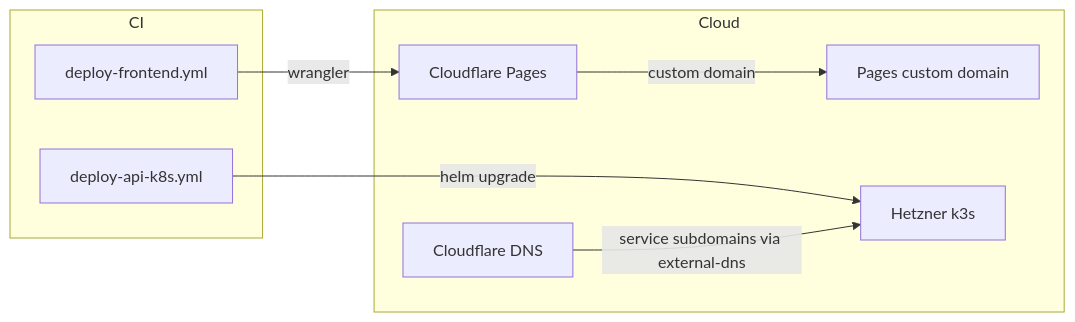
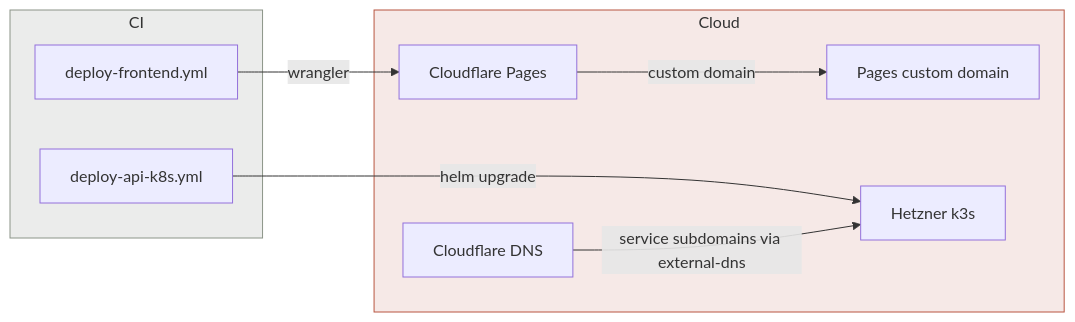
Before and after one commit to Ishou/wordsparrow: the second of 5 diagrams in README.md, drawn with Mermaid. The commit also changed other lines of this file and 1 other file, not shown here.

Commit message:
chore(infra-diagrams): regenerate styled README diagrams

````diff
--- a/README.md
+++ b/README.md
@@ -104,17 +114,19 @@
 ```mermaid
 flowchart LR
   subgraph CI
     deploy_api_k8s["deploy-api-k8s.yml"]
     deploy_frontend["deploy-frontend.yml"]
   end
   subgraph Cloud
     pages["Cloudflare Pages"]
     pagesdomain["Pages custom domain"]
     dns["Cloudflare DNS"]
     k3s["Hetzner k3s"]
   end
   deploy_frontend -->|wrangler| pages
   deploy_api_k8s -->|helm upgrade| k3s
   pages -->|custom domain| pagesdomain
   dns -->|service subdomains via external-dns| k3s
+  style CI fill:#5a655a1f,stroke:#8b9488;
+  style Cloud fill:#b8554020,stroke:#b85540;
 ```
````
